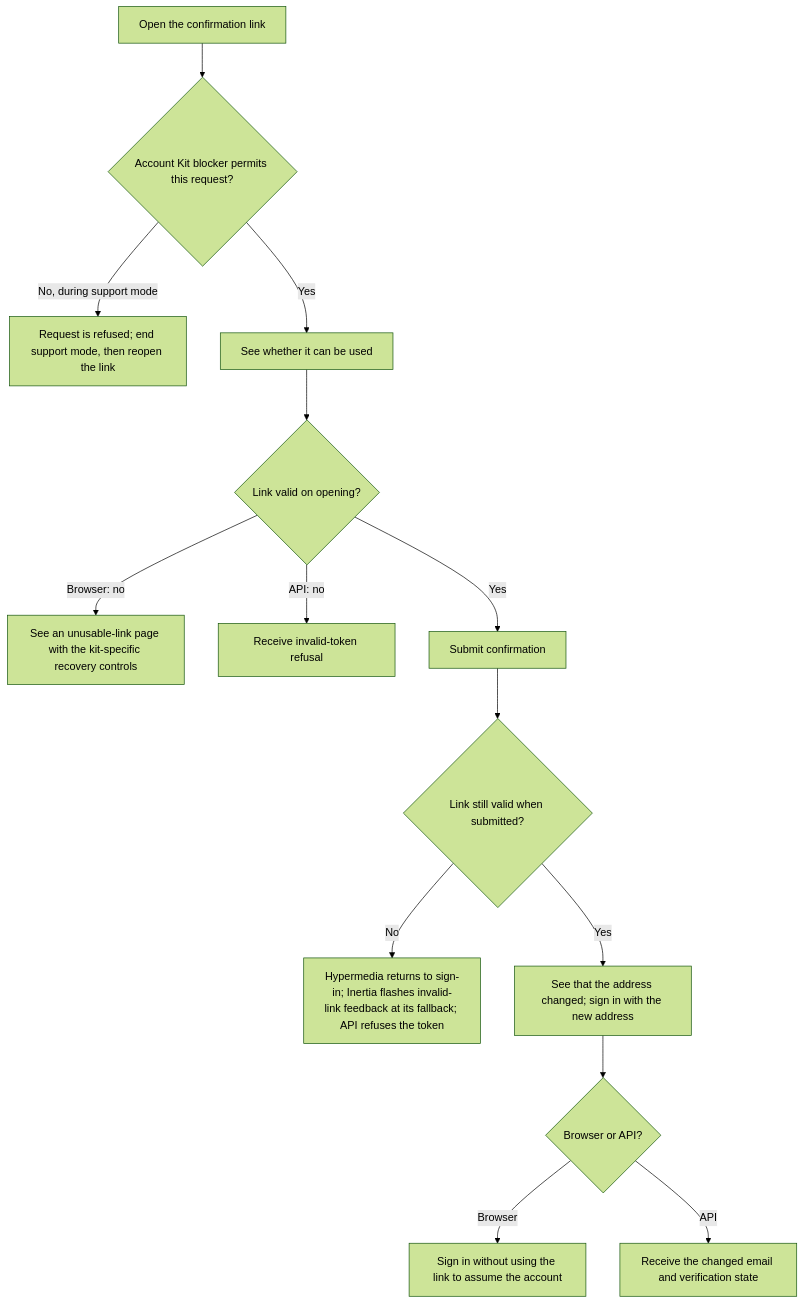
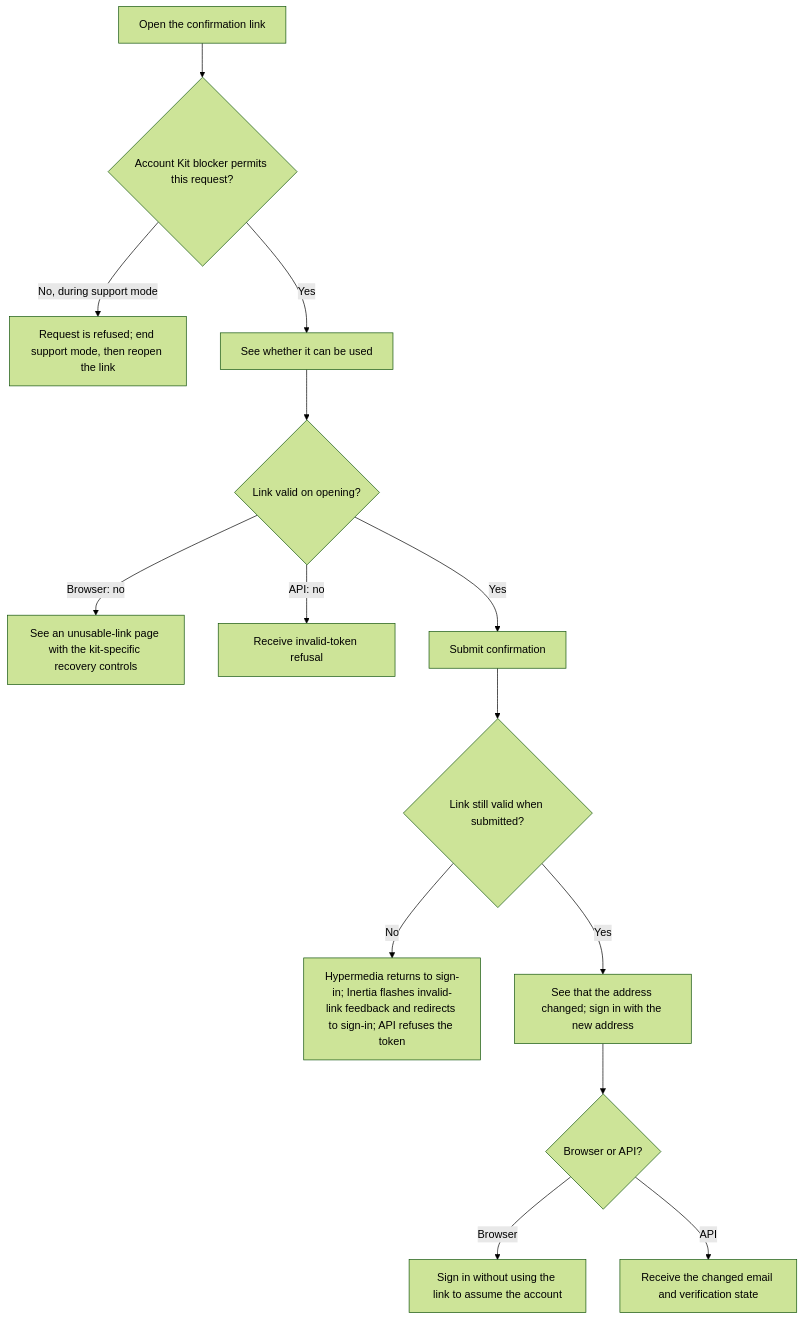
One commit to Kevinjohn/oss-adonisjs-starter-examples changed the first of 2 diagrams in user-stories/accounts/us-account-07-confirm-email-change.md. Above: the diagram before and after it, drawn with Mermaid (forest theme). The commit also changed other lines of this file and 10 other files, not shown here.

````diff
--- a/user-stories/accounts/us-account-07-confirm-email-change.md
+++ b/user-stories/accounts/us-account-07-confirm-email-change.md
@@ -24,16 +24,16 @@
 ```mermaid
 flowchart TD
     A["Open the confirmation link"] --> Z{"Account Kit blocker permits this request?"}
     Z -->|No, during support mode| Z1["Request is refused; end support mode, then reopen the link"]
     Z -->|Yes| B["See whether it can be used"]
     B --> C{"Link valid on opening?"}
     C -->|Browser: no| D["See an unusable-link page with the kit-specific recovery controls"]
     C -->|API: no| L["Receive invalid-token refusal"]
     C -->|Yes| E["Submit confirmation"]
     E --> F{"Link still valid when submitted?"}
-    F -->|No| G["Hypermedia returns to sign-in; Inertia flashes invalid-link feedback at its fallback; API refuses the token"]
+    F -->|No| G["Hypermedia returns to sign-in; Inertia flashes invalid-link feedback and redirects to sign-in; API refuses the token"]
     F -->|Yes| H["See that the address changed; sign in with the new address"]
     H --> I{"Browser or API?"}
     I -->|Browser| J["Sign in without using the link to assume the account"]
     I -->|API| K["Receive the changed email and verification state"]
 ```
````
